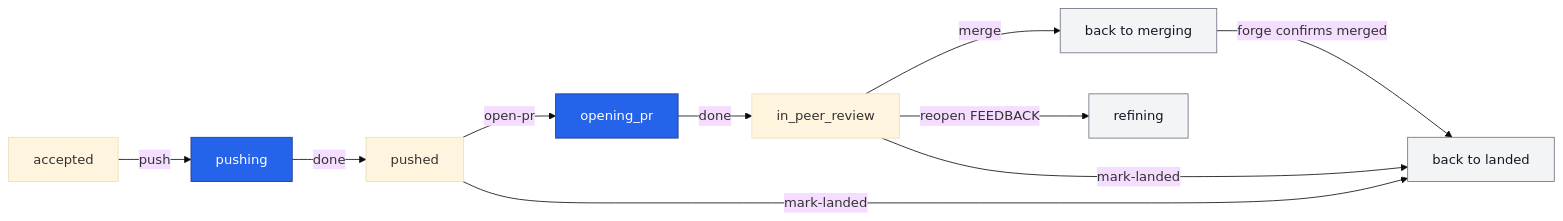
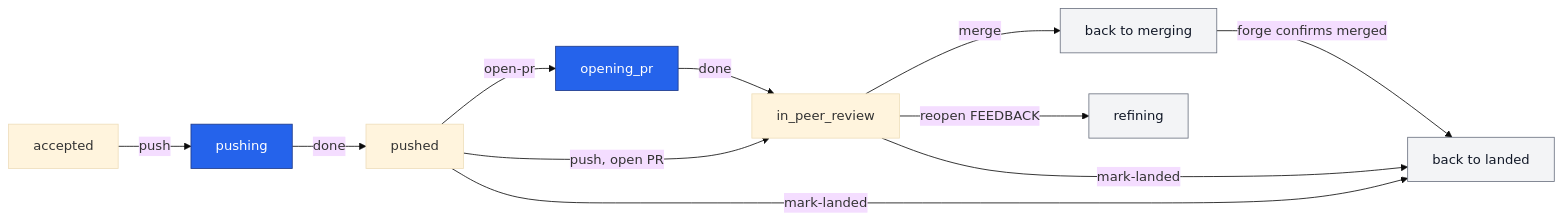
One commit to codeguru42/tasker changed the sixth of 9 diagrams in docs/statemachine.md. Above: the diagram before and after it, drawn with Mermaid (base theme). The commit also changed other lines of this file and 4 other files, not shown here.

````diff
--- a/docs/statemachine.md
+++ b/docs/statemachine.md
@@ -180,17 +180,18 @@
 ```mermaid
 flowchart LR
   AC[accepted] -->|push| PG[pushing]
   PG -->|done| PU[pushed]
   PU -->|open-pr| OP[opening_pr]
+  PU -->|push, open PR| PR
   OP -->|done| PR[in_peer_review]
   PR -->|merge| MG[back to merging]
   PR -->|reopen FEEDBACK| RF[refining]
   MG -->|forge confirms merged| L[back to landed]
   PU -->|mark-landed| L[back to landed]
   PR -->|mark-landed| L
 
   classDef spawn fill:#2563eb,color:#fff,stroke:#1e3a8a;
   classDef exit fill:#f3f4f6,color:#111827,stroke:#6b7280;
   class PG,OP spawn;
   class MG,L,RF exit;
 ```
````
